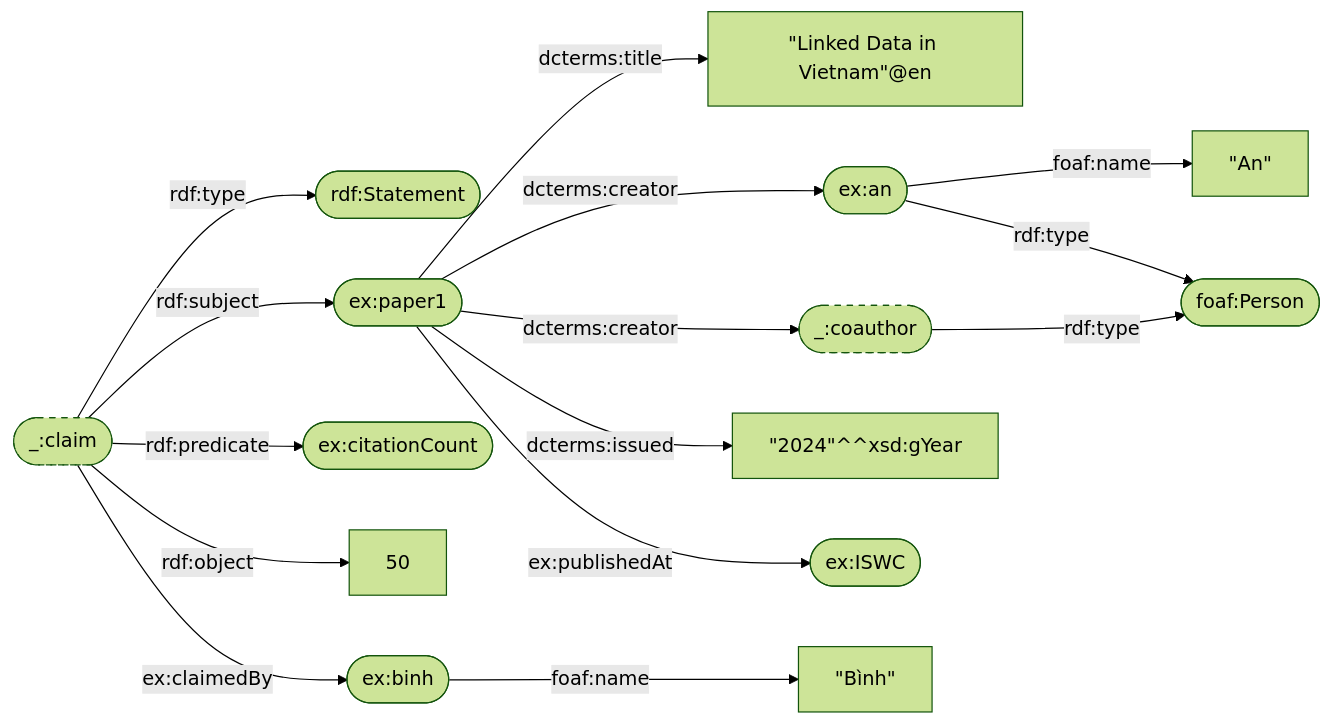
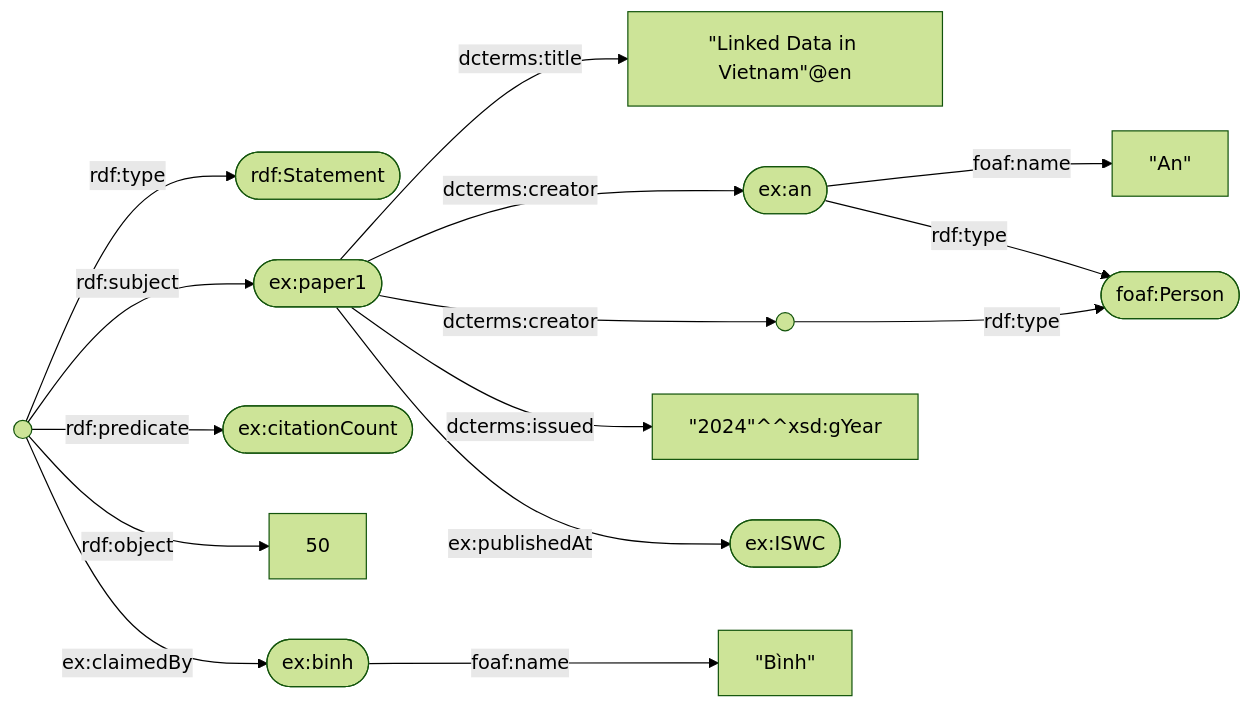
One commit to DatDinh0923/SemanticWeb_2025B changed the sixth of 6 diagrams in on-tap/07-dap-an.md. Above: the diagram before and after it, drawn with Mermaid (forest theme). The commit also changed 105 other files, not shown here.

````diff
--- a/on-tap/07-dap-an.md
+++ b/on-tap/07-dap-an.md
@@ -331,19 +331,17 @@
 ```mermaid
 flowchart LR
   P([ex:paper1]) -- dcterms:title --> T["#quot;Linked Data in Vietnam#quot;@en"]
   P -- dcterms:creator --> An([ex:an])
-  P -- dcterms:creator --> co([_:coauthor])
+  P -- dcterms:creator --> co((" "))
   P -- dcterms:issued --> Y["#quot;2024#quot;^^xsd:gYear"]
   P -- ex:publishedAt --> ISWC([ex:ISWC])
   An -- foaf:name --> AnN["#quot;An#quot;"]
   co -- rdf:type --> FP([foaf:Person])
   An -- rdf:type --> FP
-  st([_:claim]) -- rdf:type --> RS([rdf:Statement])
+  st((" ")) -- rdf:type --> RS([rdf:Statement])
   st -- rdf:subject --> P
   st -- rdf:predicate --> cc([ex:citationCount])
   st -- rdf:object --> N["50"]
   st -- ex:claimedBy --> Binh([ex:binh])
   Binh -- foaf:name --> BN["#quot;Bình#quot;"]
-  classDef bnode stroke-dasharray: 5 5
-  class co,st bnode
 ```
````
